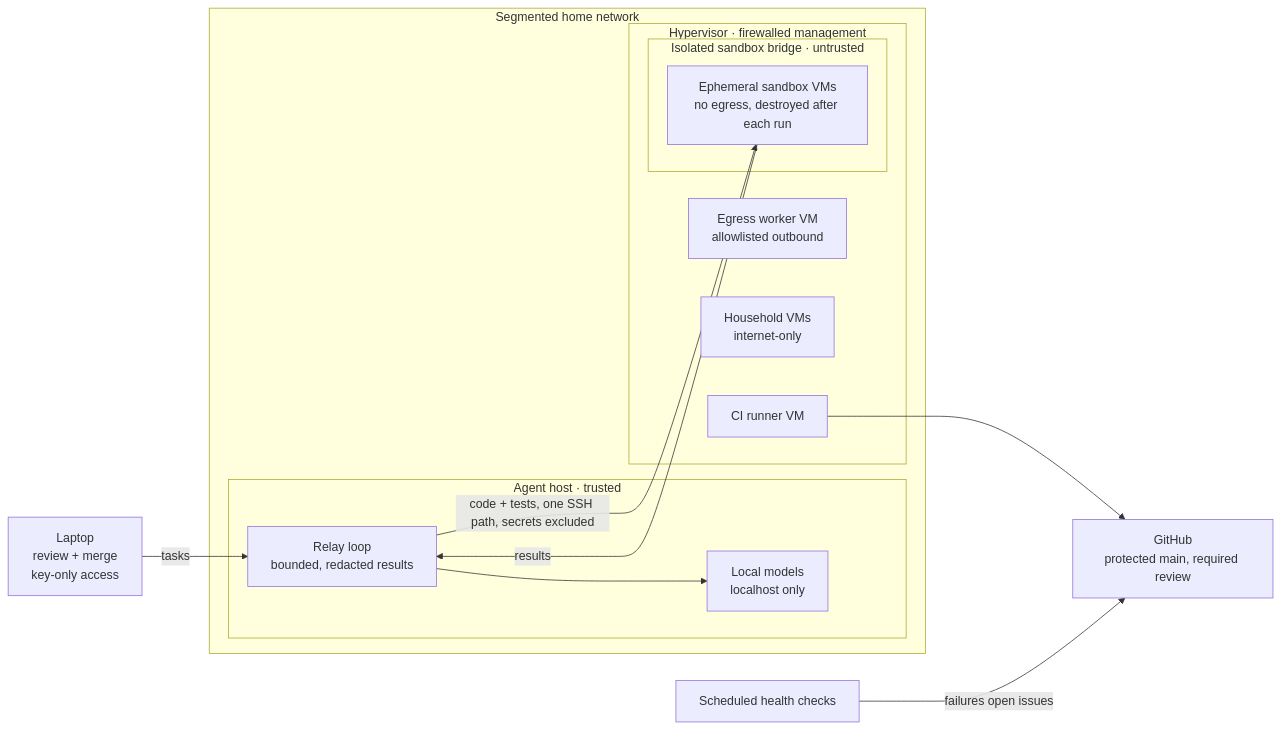
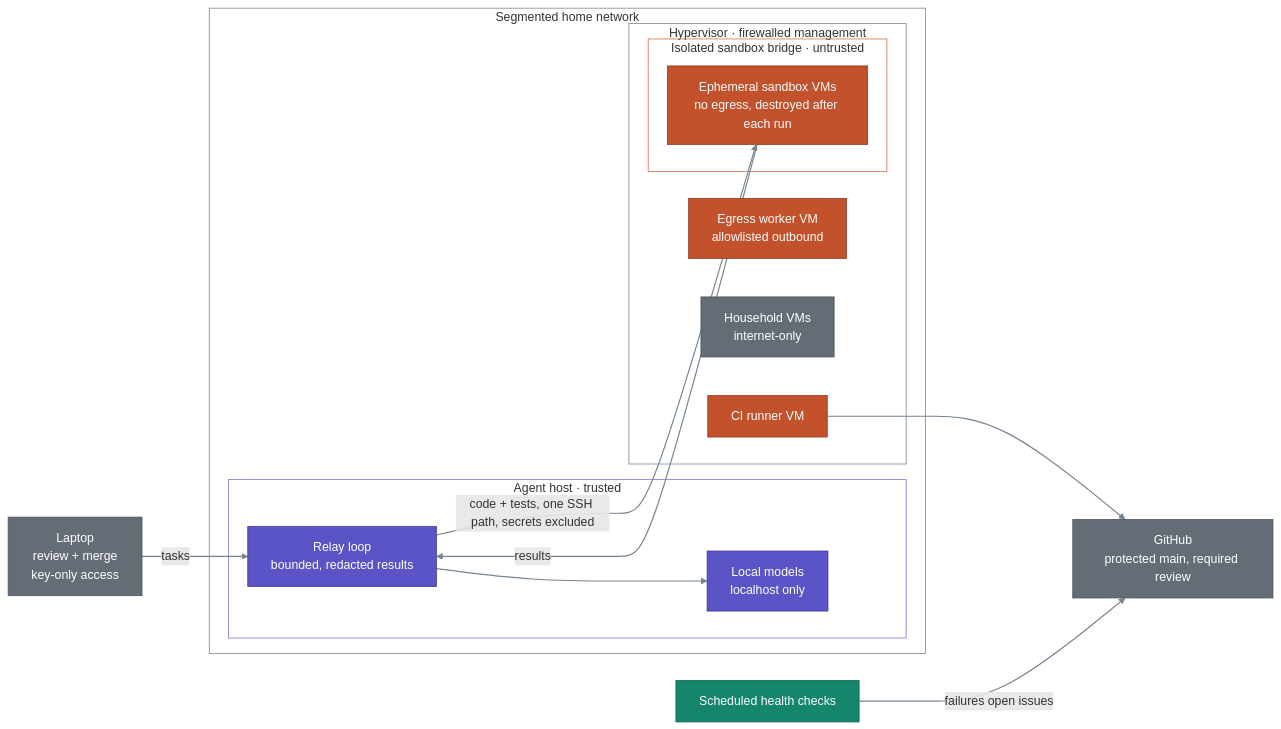
One commit to JamesTRichmond/otter-creek-homelab changed the first of 2 diagrams in README.md. Above: the diagram before and after it, drawn with Mermaid. The commit also changed other lines of this file, not shown here.

First line of the commit message:
Style README diagrams: color nodes by trust zone

````diff
--- a/README.md
+++ b/README.md
@@ -13,23 +13,36 @@
 ```mermaid
 flowchart LR
   L["Laptop<br/>review + merge<br/>key-only access"] -->|tasks| R
   subgraph NET["Segmented home network"]
     subgraph AH["Agent host · trusted"]
       R["Relay loop<br/>bounded, redacted results"]
       M["Local models<br/>localhost only"]
     end
     subgraph HV["Hypervisor · firewalled management"]
       subgraph SB["Isolated sandbox bridge · untrusted"]
         S["Ephemeral sandbox VMs<br/>no egress, destroyed after each run"]
       end
       W["Egress worker VM<br/>allowlisted outbound"]
       C["CI runner VM"]
       HH["Household VMs<br/>internet-only"]
     end
   end
   R --> M
   R -->|"code + tests, one SSH path, secrets excluded"| S
   S -->|results| R
   C --> G["GitHub<br/>protected main, required review"]
   K["Scheduled health checks"] -->|failures open issues| G
+  classDef trusted fill:#5B54C7,stroke:#403A96,color:#FFFFFF
+  classDef untrusted fill:#C3512C,stroke:#93391C,color:#FFFFFF
+  classDef ops fill:#15866B,stroke:#0C6450,color:#FFFFFF
+  classDef neutral fill:#646C76,stroke:#4B535C,color:#FFFFFF
+  class R,M trusted
+  class S,W,C untrusted
+  class K ops
+  class L,HH,G neutral
+  style NET fill:transparent,stroke:#768390
+  style HV fill:transparent,stroke:#768390
+  style AH fill:transparent,stroke:#7A73D6
+  style SB fill:transparent,stroke:#D46A42
+  linkStyle default stroke:#768390,stroke-width:1.5px
 ```
````
